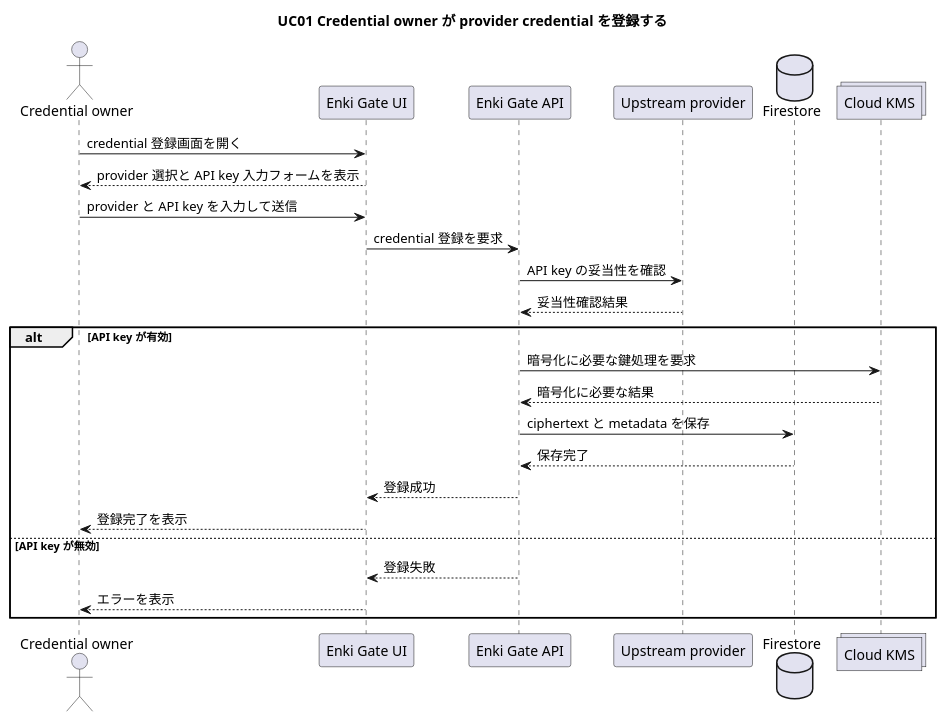
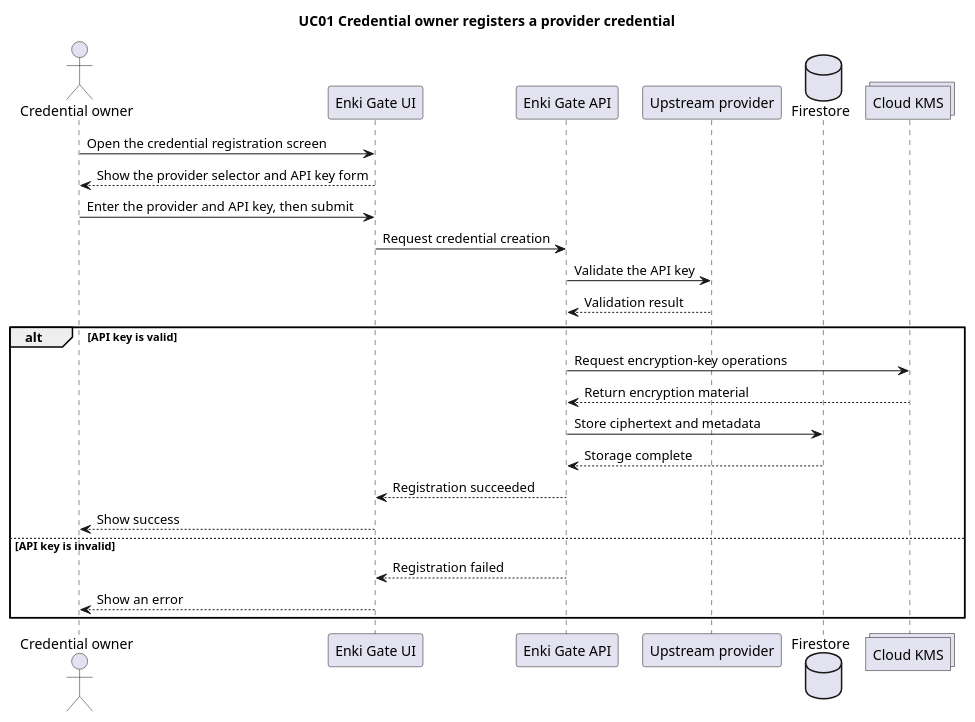
The diagram in docs/diagrams/uc01-register-credential.puml (yacchin1205/enki-gate), drawn with PlantUML before and after one commit. The commit also changed 11 other files, not shown here.

Commit message:
Translate and refresh PlantUML diagrams

```diff
--- a/docs/diagrams/uc01-register-credential.puml
+++ b/docs/diagrams/uc01-register-credential.puml
@@ -1,30 +1,30 @@
 @startuml
-title UC01 Credential owner が provider credential を登録する
+title UC01 Credential owner registers a provider credential
 
 actor "Credential owner" as Owner
 participant "Enki Gate UI" as UI
 participant "Enki Gate API" as API
 participant "Upstream provider" as Provider
 database "Firestore" as Firestore
 collections "Cloud KMS" as KMS
 
-Owner -> UI: credential 登録画面を開く
-UI --> Owner: provider 選択と API key 入力フォームを表示
+Owner -> UI: Open the credential registration screen
+UI --> Owner: Show the provider selector and API key form
 
-Owner -> UI: provider と API key を入力して送信
-UI -> API: credential 登録を要求
-API -> Provider: API key の妥当性を確認
-Provider --> API: 妥当性確認結果
+Owner -> UI: Enter the provider and API key, then submit
+UI -> API: Request credential creation
+API -> Provider: Validate the API key
+Provider --> API: Validation result
 
-alt API key が有効
-  API -> KMS: 暗号化に必要な鍵処理を要求
-  KMS --> API: 暗号化に必要な結果
-  API -> Firestore: ciphertext と metadata を保存
-  Firestore --> API: 保存完了
-  API --> UI: 登録成功
-  UI --> Owner: 登録完了を表示
-else API key が無効
-  API --> UI: 登録失敗
-  UI --> Owner: エラーを表示
+alt API key is valid
+  API -> KMS: Request encryption-key operations
+  KMS --> API: Return encryption material
+  API -> Firestore: Store ciphertext and metadata
+  Firestore --> API: Storage complete
+  API --> UI: Registration succeeded
+  UI --> Owner: Show success
+else API key is invalid
+  API --> UI: Registration failed
+  UI --> Owner: Show an error
 end
 @enduml
```
